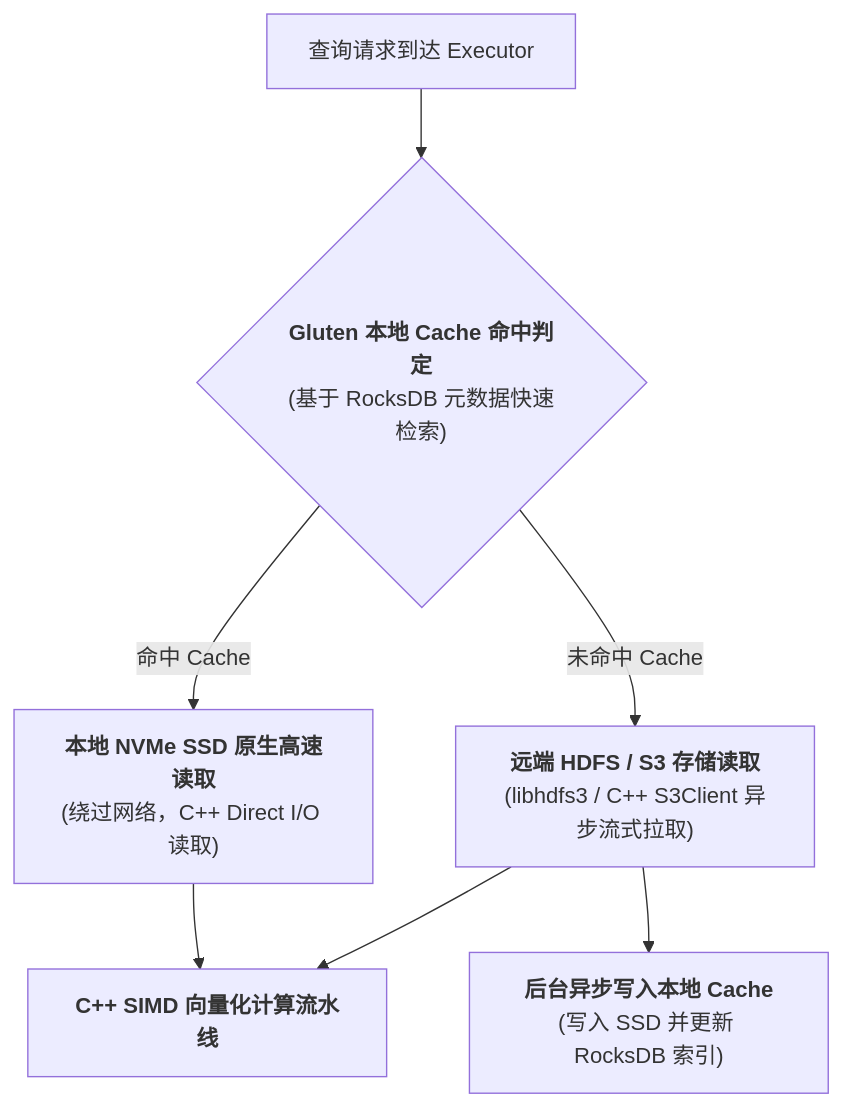
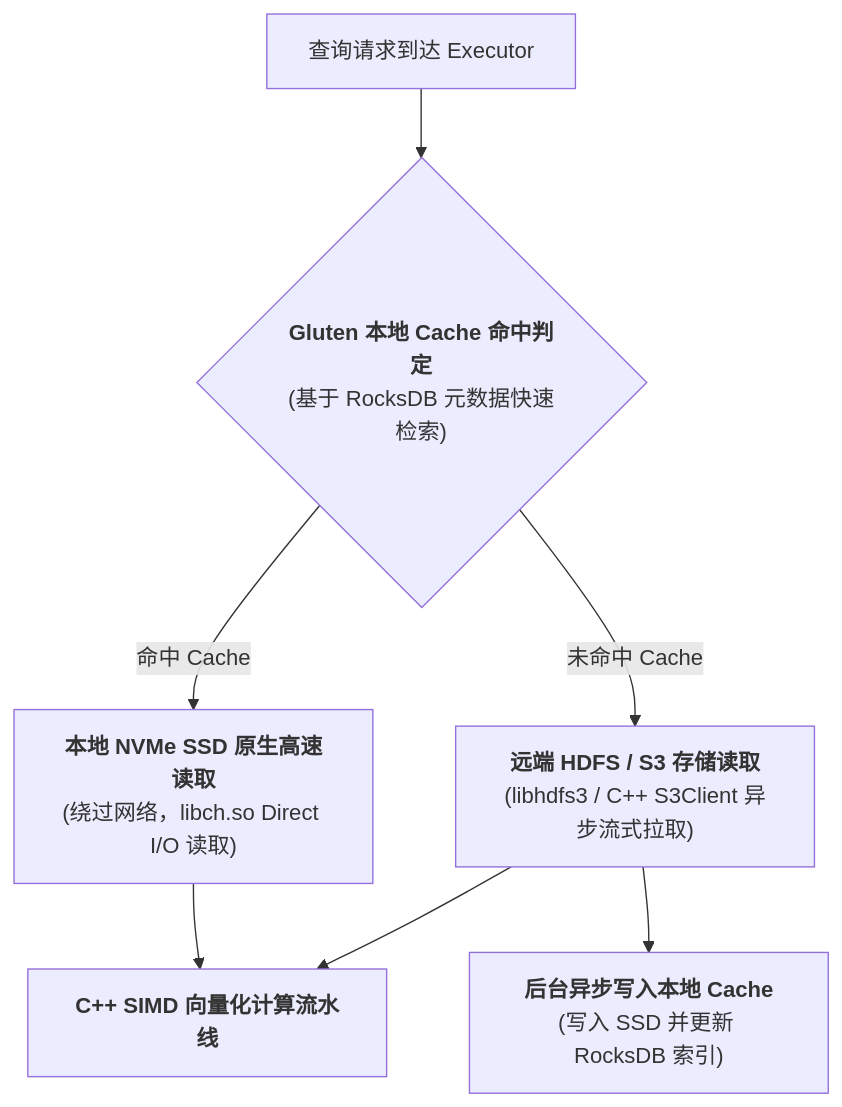
One commit to Mrhs121/mrhs121.github.io changed the third of 3 diagrams in posts/2026-08-19-kylin-gluten-native-vectorized-engine.md. Above: the diagram before and after it, drawn with Mermaid. The commit also changed other lines of this file, not shown here.

Commit message:
docs: 深度详述 libch.so 动态链接库架构、LD_PRELOAD 堆外内存管理与 JNI 零拷贝 C ABI 流转

````diff
--- a/posts/2026-08-19-kylin-gluten-native-vectorized-engine.md
+++ b/posts/2026-08-19-kylin-gluten-native-vectorized-engine.md
@@ -165,12 +214,12 @@
 ```mermaid
 flowchart TD
     Query["查询请求到达 Executor"] --> CacheLookup{"<b>Gluten 本地 Cache 命中判定</b><br/>(基于 RocksDB 元数据快速检索)"}
     
-    CacheLookup -- 命中 Cache --> SSDRead["<b>本地 NVMe SSD 原生高速读取</b><br/>(绕过网络，C++ Direct I/O 读取)"]
+    CacheLookup -- 命中 Cache --> SSDRead["<b>本地 NVMe SSD 原生高速读取</b><br/>(绕过网络，libch.so Direct I/O 读取)"]
     CacheLookup -- 未命中 Cache --> RemoteHDFS["<b>远端 HDFS / S3 存储读取</b><br/>(libhdfs3 / C++ S3Client 异步流式拉取)"]
     
     RemoteHDFS --> AsyncCache["<b>后台异步写入本地 Cache</b><br/>(写入 SSD 并更新 RocksDB 索引)"]
     
     SSDRead --> SIMD["<b>C++ SIMD 向量化计算流水线</b>"]
     RemoteHDFS --> SIMD
 ```
````
